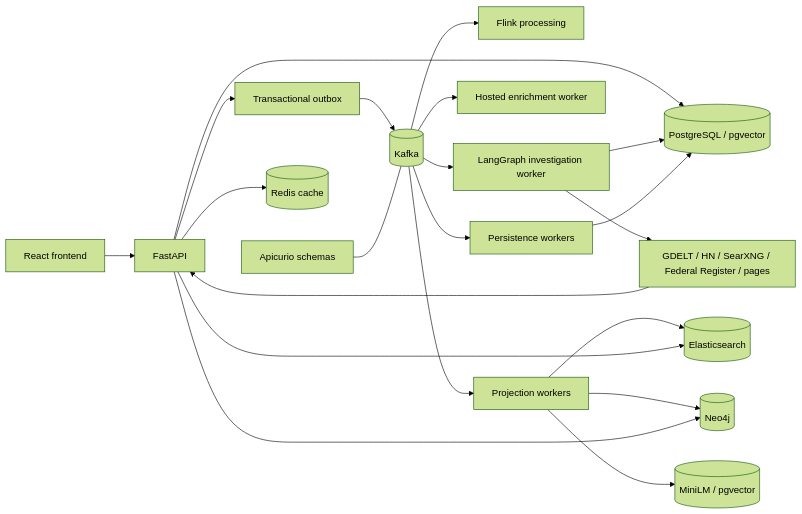
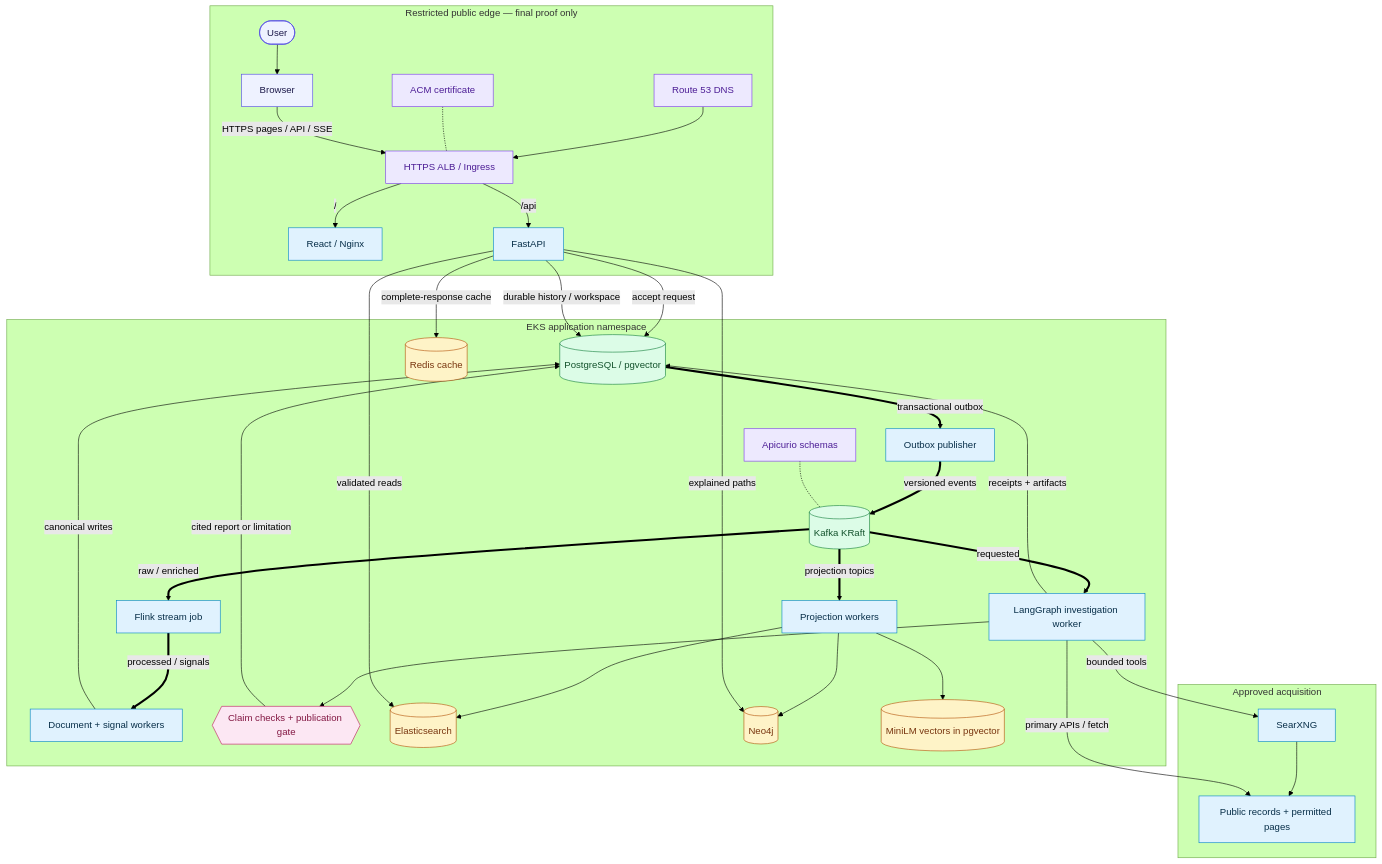
One commit to mnihad000/rhetoriq changed the first of 3 diagrams in docs/ARCHITECTURE.md. Above: the diagram before and after it, drawn with Mermaid (forest theme). The commit also changed other lines of this file and 5 other files, not shown here.

Commit message:
Document final architecture and AWS release readiness

````diff
--- a/docs/ARCHITECTURE.md
+++ b/docs/ARCHITECTURE.md
@@ -28,23 +39,49 @@
 ```mermaid
-flowchart LR
-    UI[React frontend] --> API[FastAPI]
-    API --> PG[(PostgreSQL / pgvector)]
-    API --> OB[Transactional outbox]
-    OB --> K[(Kafka)]
-    REG[Apicurio schemas] --- K
-    SRC[GDELT / HN / SearXNG / Federal Register / pages] --> API
-    K --> FL[Flink processing]
-    K --> IW[LangGraph investigation worker]
-    K --> EW[Hosted enrichment worker]
-    K --> DW[Persistence workers]
-    K --> PW[Projection workers]
-    IW --> SRC
-    IW --> PG
-    DW --> PG
-    PW --> ES[(Elasticsearch)]
-    PW --> NG[(Neo4j)]
-    PW --> PV[(MiniLM / pgvector)]
-    API --> ES
-    API --> NG
-    API --> RD[(Redis cache)]
+flowchart TB
+    subgraph Edge[Restricted public edge — final proof only]
+        U([User]) --> B[Browser]
+        DNS[Route 53 DNS] --> ALB[HTTPS ALB / Ingress]
+        ACM[ACM certificate] -.- ALB
+        B -->|HTTPS pages / API / SSE| ALB
+        ALB -->|/| FE[React / Nginx]
+        ALB -->|/api| API[FastAPI]
+    end
+    subgraph Core[EKS application namespace]
+        API -->|accept request| PG[(PostgreSQL / pgvector)]
+        PG ==>|transactional outbox| OUT[Outbox publisher]
+        OUT ==>|versioned events| K[(Kafka KRaft)]
+        REG[Apicurio schemas] -.- K
+        K ==>|requested| IW[LangGraph investigation worker]
+        K ==>|raw / enriched| FL[Flink stream job]
+        FL ==>|processed / signals| DW[Document + signal workers]
+        DW -->|canonical writes| PG
+        IW -->|receipts + artifacts| PG
+        IW --> GATE{{Claim checks + publication gate}}
+        GATE -->|cited report or limitation| PG
+        K ==>|projection topics| PW[Projection workers]
+        PW --> ES[(Elasticsearch)]
+        PW --> NG[(Neo4j)]
+        PW --> V[(MiniLM vectors in pgvector)]
+        API -->|validated reads| ES
+        API -->|explained paths| NG
+        API -->|complete-response cache| RD[(Redis cache)]
+        API -->|durable history / workspace| PG
+    end
+    subgraph Sources[Approved acquisition]
+        SX[SearXNG] --> WEB[Public records + permitted pages]
+        IW -->|bounded tools| SX
+        IW -->|primary APIs / fetch| WEB
+    end
+    classDef actor fill:#eef2ff,stroke:#4f46e5,color:#1e1b4b
+    classDef service fill:#e0f2fe,stroke:#0284c7,color:#082f49
+    classDef durable fill:#dcfce7,stroke:#15803d,color:#14532d
+    classDef derived fill:#fef3c7,stroke:#b45309,color:#78350f
+    classDef gate fill:#fce7f3,stroke:#be185d,color:#831843
+    classDef trust fill:#ede9fe,stroke:#7c3aed,color:#4c1d95
+    class U,B actor
+    class FE,API,OUT,IW,FL,DW,PW,SX,WEB service
+    class PG,K durable
+    class ES,NG,V,RD derived
+    class GATE gate
+    class DNS,ALB,ACM,REG trust
 ```
````
